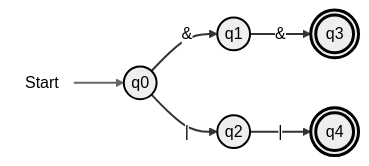
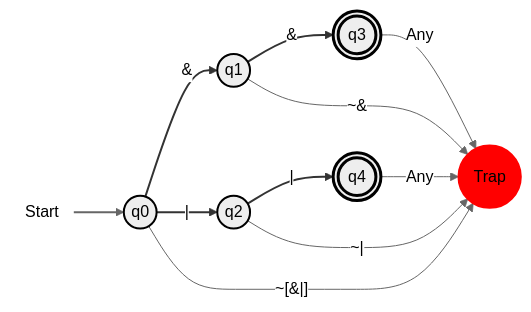
Before and after one commit to CS-Tiny-Compiler/a-tiny-compiler: the ninth of 9 diagrams in docs/DFA.md, drawn with Mermaid (neutral theme). The commit also changed other lines of this file, not shown here.

````diff
--- a/docs/DFA.md
+++ b/docs/DFA.md
@@ -284,16 +292,22 @@
 ```mermaid
 flowchart LR
   start(((Start))):::startNode --> q0(("q0")):::normal
   q0 --> |#38;| q1(("q1")):::normal
   q1 --> |#38;| q3((("q3"))):::finalState
   q0 --> |#124;| q2(("q2")):::normal
   q2 --> |#124;| q4((("q4"))):::finalState
-
+  q0 --> |"~[#38;#124;]"| trap((("Trap"))):::trap
+  q1 --> |"~#38;"| trap((("Trap"))):::trap
+  q2 --> |"~#124;"| trap((("Trap"))):::trap
+  q3 --> |"Any"| trap((("Trap"))):::trap
+  q4 --> |"Any"| trap((("Trap"))):::trap
+ 
 
   classDef startNode fill:none,stroke:none;
   classDef normal stroke:#000,stroke-width:2px;
   classDef finalState stroke:#000,stroke-width:3px;
+  classDef trap fill:#f00,stroke:#f00,stroke-width:2px;
 
   linkStyle 0 stroke-width:2px;
   linkStyle 1,2,3,4 stroke:#333,stroke-width:2px,fill:none;
 ```
````
